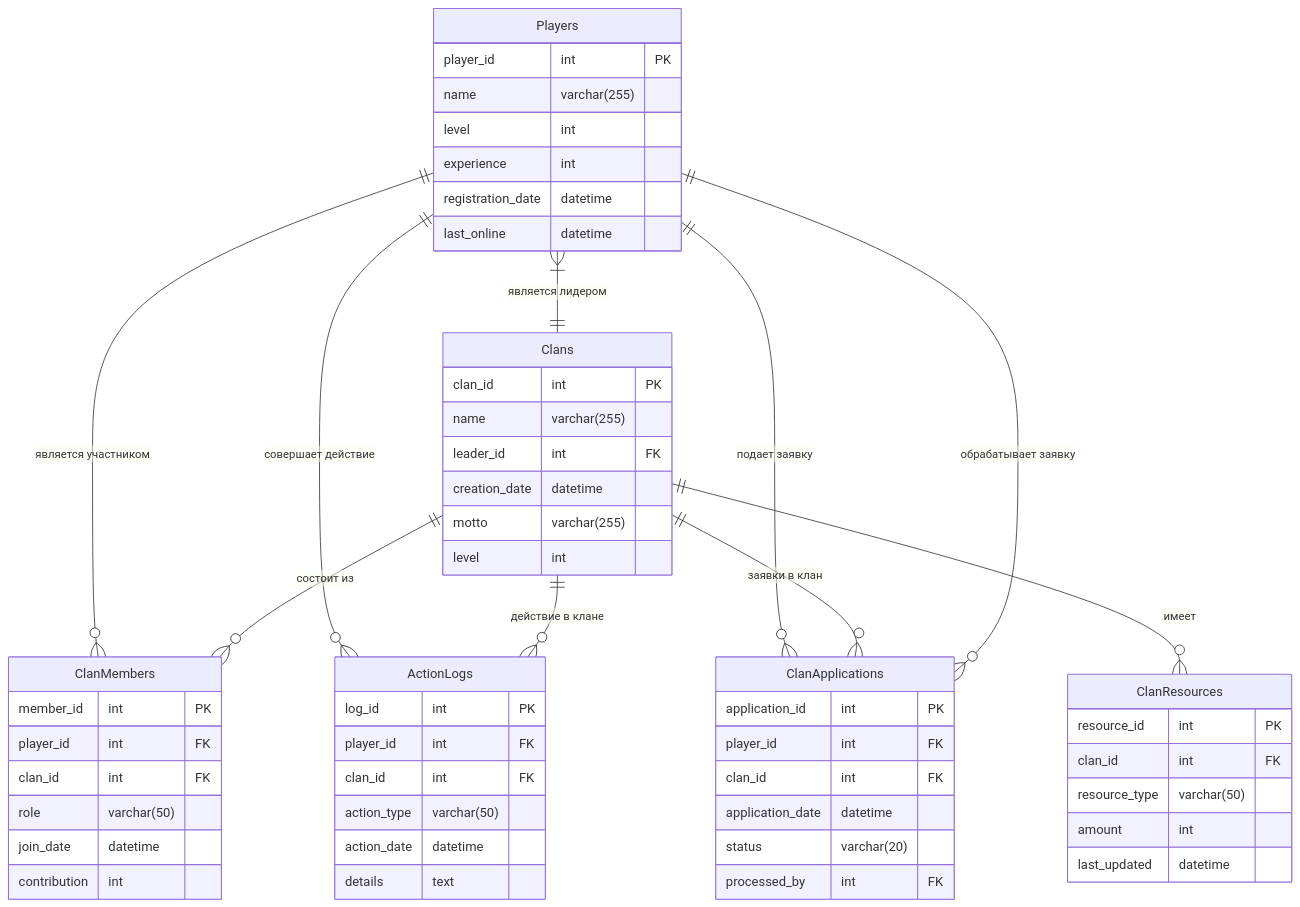
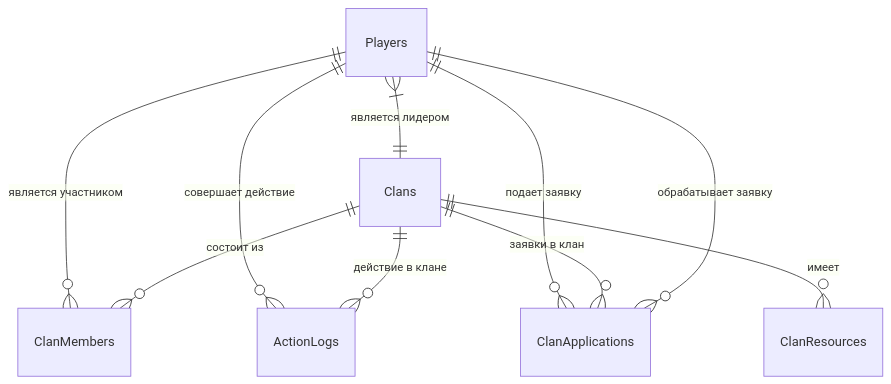
The first of 2 diagrams in README.md (ldelazari/db-guild), drawn with Mermaid before and after one commit.

````diff
--- a/README.md
+++ b/README.md
@@ -61,65 +61,36 @@
 ```mermaid
 erDiagram
     Players {
-        player_id int PK
-        name varchar(255)
-        level int
-        experience int
-        registration_date datetime
-        last_online datetime
+
     }
 
     Clans {
-        clan_id int PK
-        name varchar(255)
-        leader_id int FK
-        creation_date datetime
-        motto varchar(255)
-        level int
+
     }
 
     ClanResources {
-        resource_id int PK
-        clan_id int FK
-        resource_type varchar(50)
-        amount int
-        last_updated datetime
+
     }
 
     ClanMembers {
-        member_id int PK
-        player_id int FK
-        clan_id int FK
-        role varchar(50)
-        join_date datetime
-        contribution int
+
     }
 
     ActionLogs {
-        log_id int PK
-        player_id int FK
-        clan_id int FK
-        action_type varchar(50)
-        action_date datetime
-        details text
+
     }
 
     ClanApplications {
-        application_id int PK
-        player_id int FK
-        clan_id int FK
-        application_date datetime
-        status varchar(20)
-        processed_by int FK
+
     }
 
     Players ||--o{ ClanMembers : "является участником"
     Players ||--o{ ActionLogs : "совершает действие"
     Players ||--o{ ClanApplications : "подает заявку"
     Players }|--|| Clans : "является лидером"
     Clans ||--o{ ClanMembers : "состоит из"
     Clans ||--o{ ClanResources : "имеет"
     Clans ||--o{ ActionLogs : "действие в клане"
     Clans ||--o{ ClanApplications : "заявки в клан"
     Players ||--o{ ClanApplications : "обрабатывает заявку"
 ```
````
